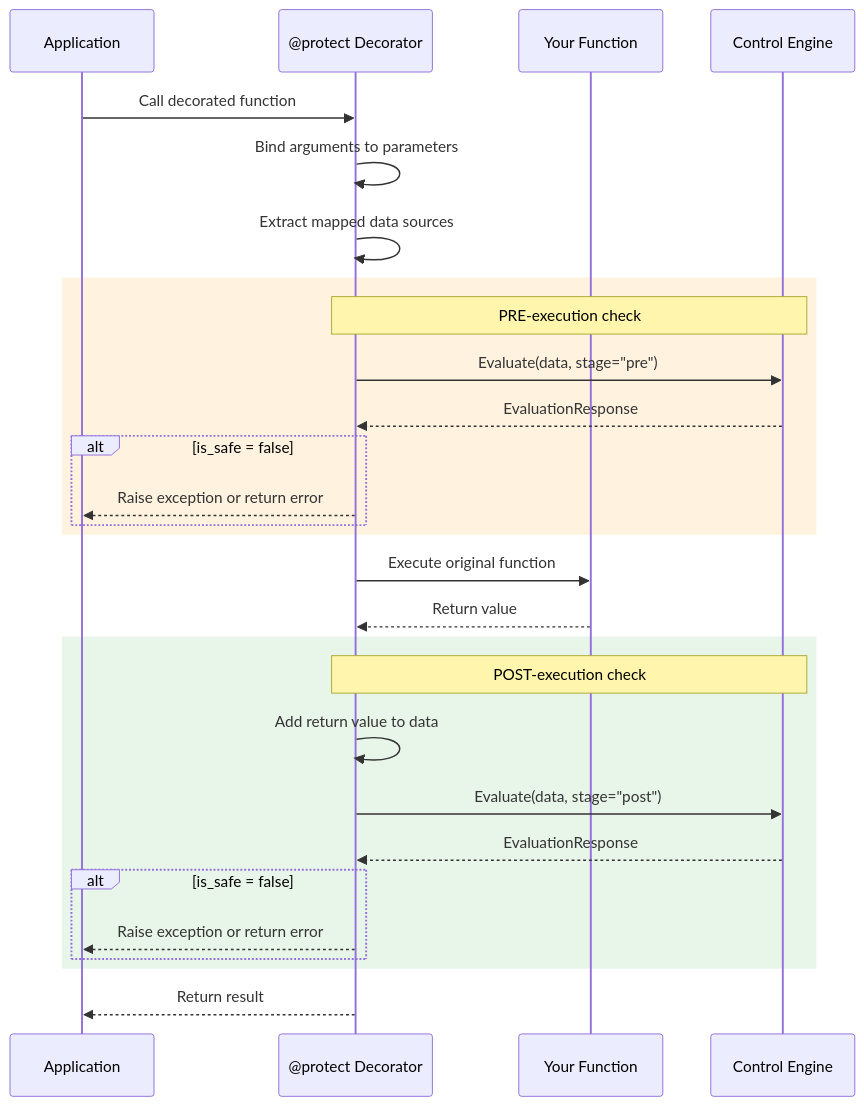
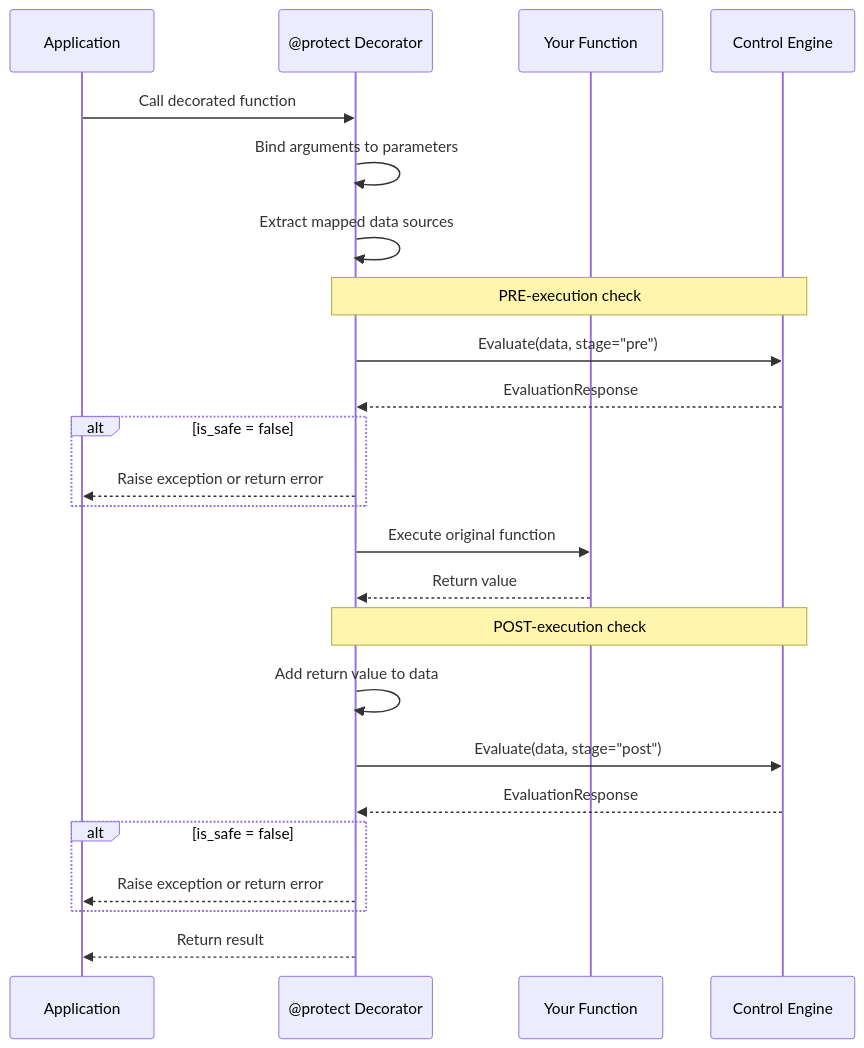
The second of 11 diagrams in diagrams/08-protect-decorator-flow.md (agentcontrol/agent-control), drawn with Mermaid before and after one commit. The commit also changed other lines of this file and 9 other files, not shown here.

````diff
--- a/diagrams/08-protect-decorator-flow.md
+++ b/diagrams/08-protect-decorator-flow.md
@@ -29,38 +26,34 @@
 ```mermaid
 sequenceDiagram
     participant App as Application
     participant Dec as @protect Decorator
     participant Func as Your Function
     participant Engine as Control Engine
 
     App->>Dec: Call decorated function
     
     Dec->>Dec: Bind arguments to parameters
     Dec->>Dec: Extract mapped data sources
 
-    rect rgb(255, 243, 224)
-        Note over Dec,Engine: PRE-execution check
+    Note over Dec,Engine: PRE-execution check
         Dec->>Engine: Evaluate(data, stage="pre")
         Engine-->>Dec: EvaluationResponse
         
         alt is_safe = false
             Dec-->>App: Raise exception or return error
         end
-    end
 
     Dec->>Func: Execute original function
     Func-->>Dec: Return value
 
-    rect rgb(232, 245, 233)
-        Note over Dec,Engine: POST-execution check
+    Note over Dec,Engine: POST-execution check
         Dec->>Dec: Add return value to data
         Dec->>Engine: Evaluate(data, stage="post")
         Engine-->>Dec: EvaluationResponse
         
         alt is_safe = false
             Dec-->>App: Raise exception or return error
         end
-    end
 
     Dec-->>App: Return result
 ```
````
